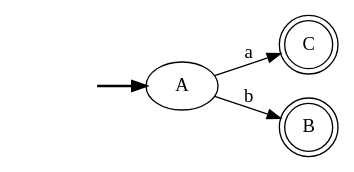
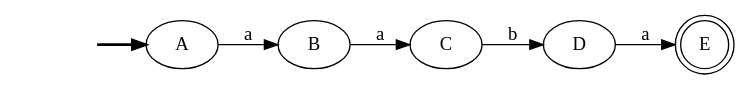
The diagram in output/DFA.gv (Paulinaczz/lycProyecto), drawn with Graphviz before and after one commit. The commit also changed 11 other files, not shown here.

```diff
--- a/output/DFA.gv
+++ b/output/DFA.gv
@@ -1,10 +1,14 @@
 digraph {
 	fake [style=invisible]
+	B
+	D
 	A [root=true]
-	C [shape=doublecircle]
-	B [shape=doublecircle]
+	E [shape=doublecircle]
+	C
 	fake -> A [style=bold]
-	A -> B [label=b]
-	A -> C [label=a]
+	B -> C [label=a]
+	A -> B [label=a]
+	D -> E [label=a]
+	C -> D [label=b]
 	rankdir=LR
 }
```
